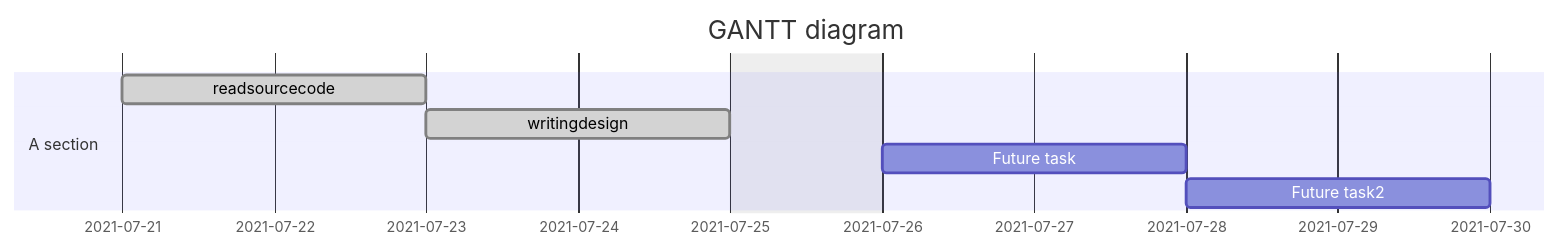
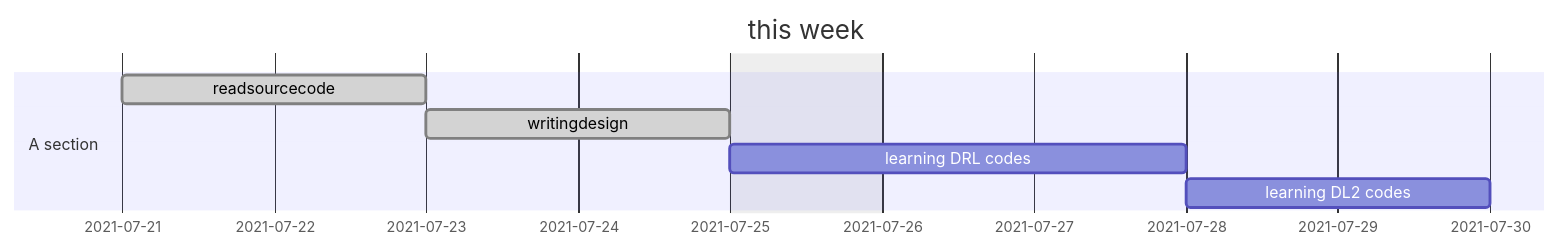
One commit to LukeLIN-web/distrubuted-ML-system changed the diagram in week report/week report 21-28 July.md. Above: the diagram before and after it, drawn with Mermaid. The commit also changed other lines of this file and 14 other files, not shown here.

````diff
--- a/week report/week report 21-28 July.md
+++ b/week report/week report 21-28 July.md
@@ -11,13 +12,13 @@
 ```mermaid
 gantt
 dateFormat  YYYY-MM-DD
-title GANTT diagram 
+title this week
 excludes weekdays 2021-07-25
 
 section A section
 readsourcecode        :done,   des1,  2021-07-21,2021-07-23
 writingdesign               :done, des2,  2021-07-23, 2d
-Future task            :         des3, after des2, 2d
-Future task2         :         des4, after des3, 2d
+learning DRL codes            :         des3, 2021-07-25, 3d
+learning DL2 codes        :         des4, after des3, 2d
 
 ```
````
